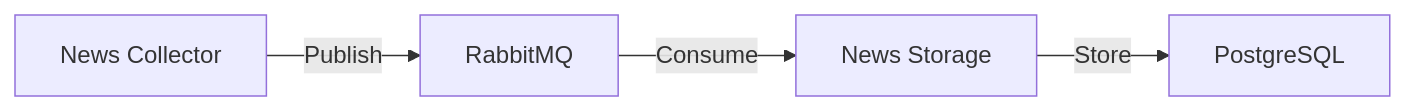
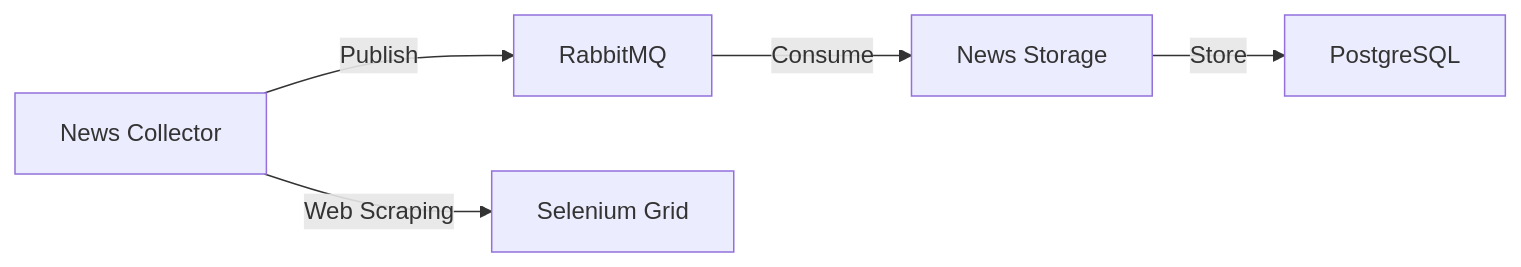
Before and after one commit to adalgu/RiskWatch: the first of 2 diagrams in README.md, drawn with Mermaid. The commit also changed other lines of this file, not shown here.

````diff
--- a/README.md
+++ b/README.md
@@ -28,6 +34,7 @@
 ```mermaid
 graph LR
     A[News Collector] -->|Publish| B[RabbitMQ]
+    A -->|Web Scraping| E[Selenium Grid]
     B -->|Consume| C[News Storage]
     C -->|Store| D[PostgreSQL]
 ```
````
